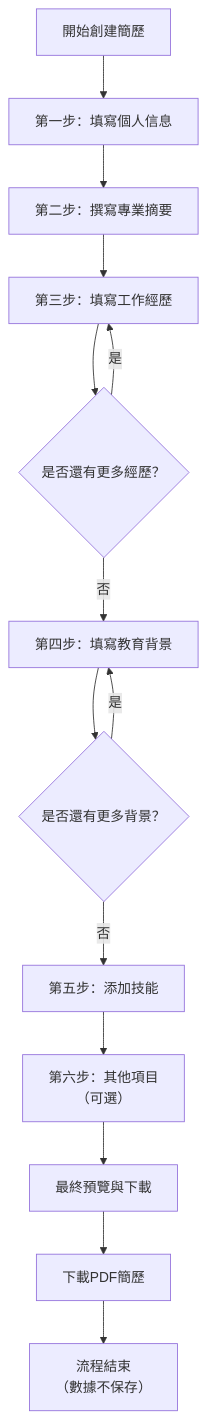
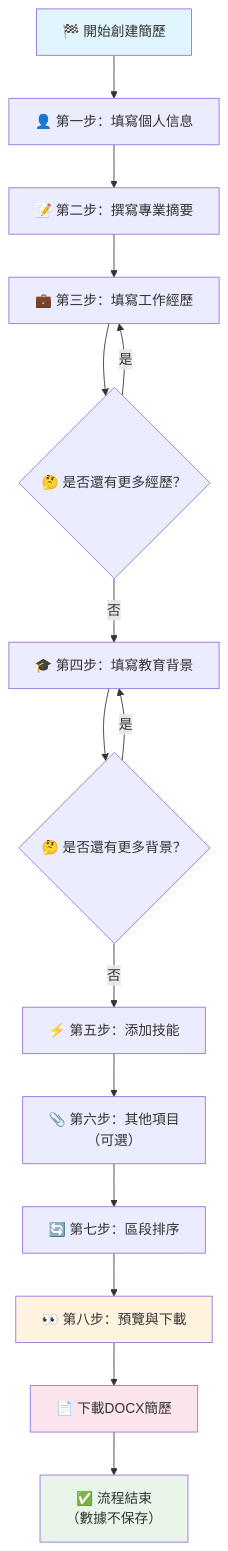
One commit to HinoVPN/my-resume-builder changed the first of 2 diagrams in README.md. Above: the diagram before and after it, drawn with Mermaid. The commit also changed other lines of this file and 1 other file, not shown here.

````diff
--- a/README.md
+++ b/README.md
@@ -9,17 +50,22 @@
 ```mermaid
 flowchart TD
-    A[開始創建簡歷] --> B[第一步：填寫個人信息]
-    B --> C[第二步：撰寫專業摘要]
-    C --> D[第三步：填寫工作經歷]
-    D --> E{是否還有更多經歷？}
+    A[🏁 開始創建簡歷] --> B[👤 第一步：填寫個人信息]
+    B --> C[📝 第二步：撰寫專業摘要]
+    C --> D[💼 第三步：填寫工作經歷]
+    D --> E{🤔 是否還有更多經歷？}
     E -- 是 --> D
-    E -- 否 --> F[第四步：填寫教育背景]
-    F --> G{是否還有更多背景？}
+    E -- 否 --> F[🎓 第四步：填寫教育背景]
+    F --> G{🤔 是否還有更多背景？}
     G -- 是 --> F
-    G -- 否 --> H[第五步：添加技能]
-    H --> I[第六步：其他項目<br>（可選）]
-    I --> J[最終預覽與下載]
-    J --> K[下載PDF簡歷]
-    K --> L[流程結束<br>（數據不保存）]
+    G -- 否 --> H[⚡ 第五步：添加技能]
+    H --> I[📎 第六步：其他項目<br>（可選）]
+    I --> J[🔄 第七步：區段排序]
+    J --> K[👀 第八步：預覽與下載]
+    K --> L[📄 下載DOCX簡歷]
+    L --> M[✅ 流程結束<br>（數據不保存）]
 
+    style A fill:#e1f5fe
+    style M fill:#e8f5e8
+    style K fill:#fff3e0
+    style L fill:#fce4ec
 ```
````
